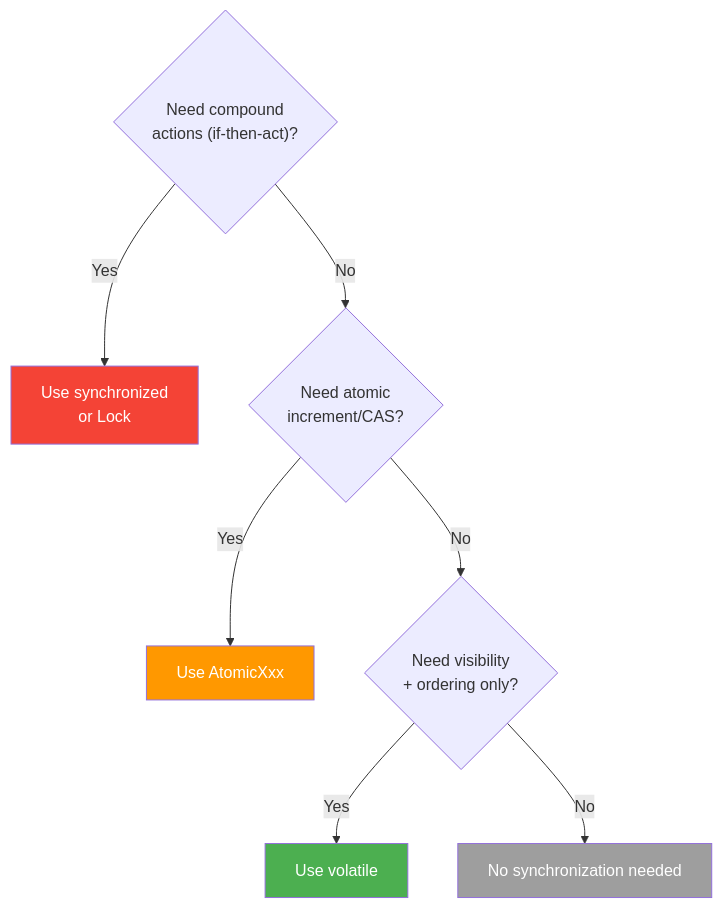
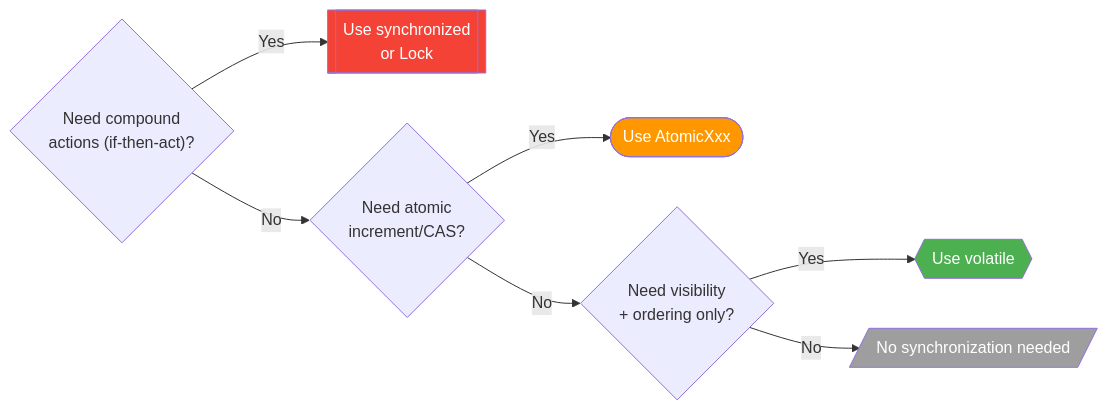
One commit to saivamsikaruturi/vamsilabs-dev-notes-main changed the seventh of 7 diagrams in docs/java/JavaMemoryModel.md. Above: the diagram before and after it, drawn with Mermaid. The commit also changed other lines of this file and 146 other files, not shown here.

Commit message:
Horizontal diagrams, UML class diagrams, typography overhaul, and permalink cleanup

````diff
--- a/docs/java/JavaMemoryModel.md
+++ b/docs/java/JavaMemoryModel.md
@@ -384,15 +388,15 @@
 ```mermaid
-graph TD
+flowchart LR
     Q1{"Need compound<br/>actions (if-then-act)?"}
-    Q1 -->|Yes| SYNC["Use synchronized<br/>or Lock"]
+    Q1 -->|Yes| SYNC[["Use synchronized<br/>or Lock"]]
     Q1 -->|No| Q2{"Need atomic<br/>increment/CAS?"}
-    Q2 -->|Yes| ATOMIC["Use AtomicXxx"]
+    Q2 -->|Yes| ATOMIC(["Use AtomicXxx"])
     Q2 -->|No| Q3{"Need visibility<br/>+ ordering only?"}
-    Q3 -->|Yes| VOLATILE["Use volatile"]
-    Q3 -->|No| NONE["No synchronization needed"]
+    Q3 -->|Yes| VOLATILE{{"Use volatile"}}
+    Q3 -->|No| NONE[/"No synchronization needed"/]
 
     style SYNC fill:#F44336,color:#fff
     style ATOMIC fill:#FF9800,color:#fff
     style VOLATILE fill:#4CAF50,color:#fff
     style NONE fill:#9E9E9E,color:#fff
 ```
````
